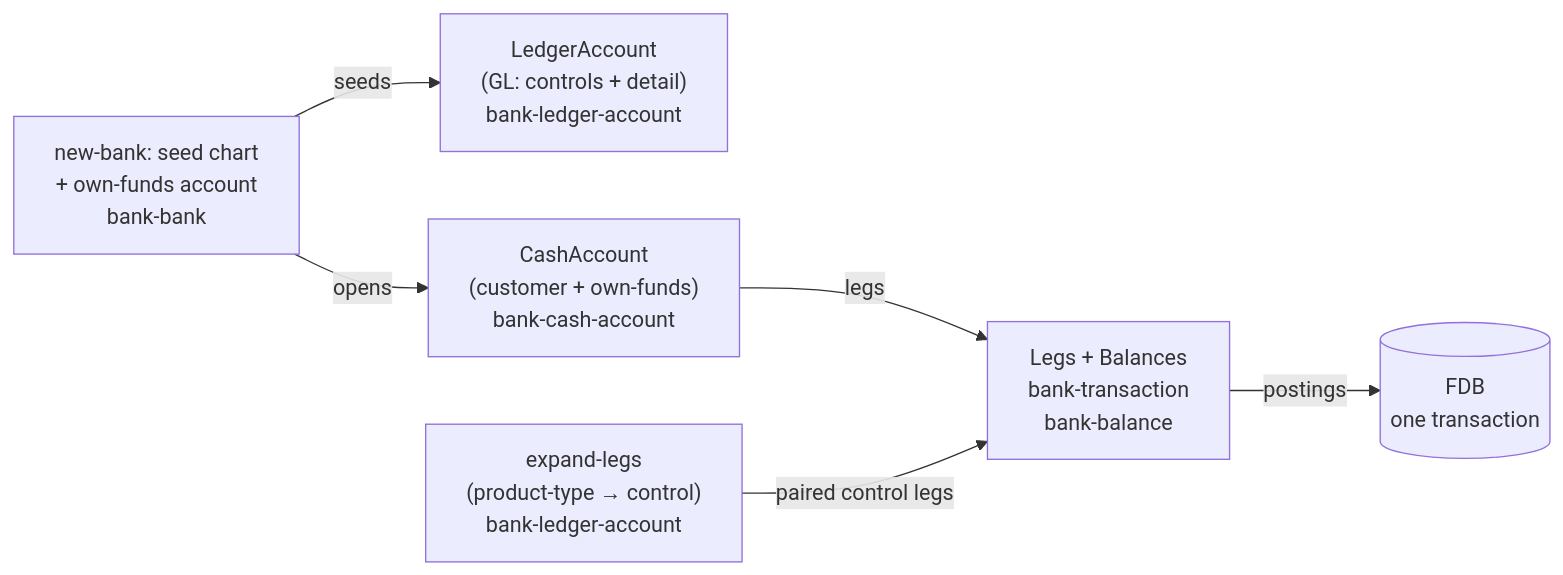
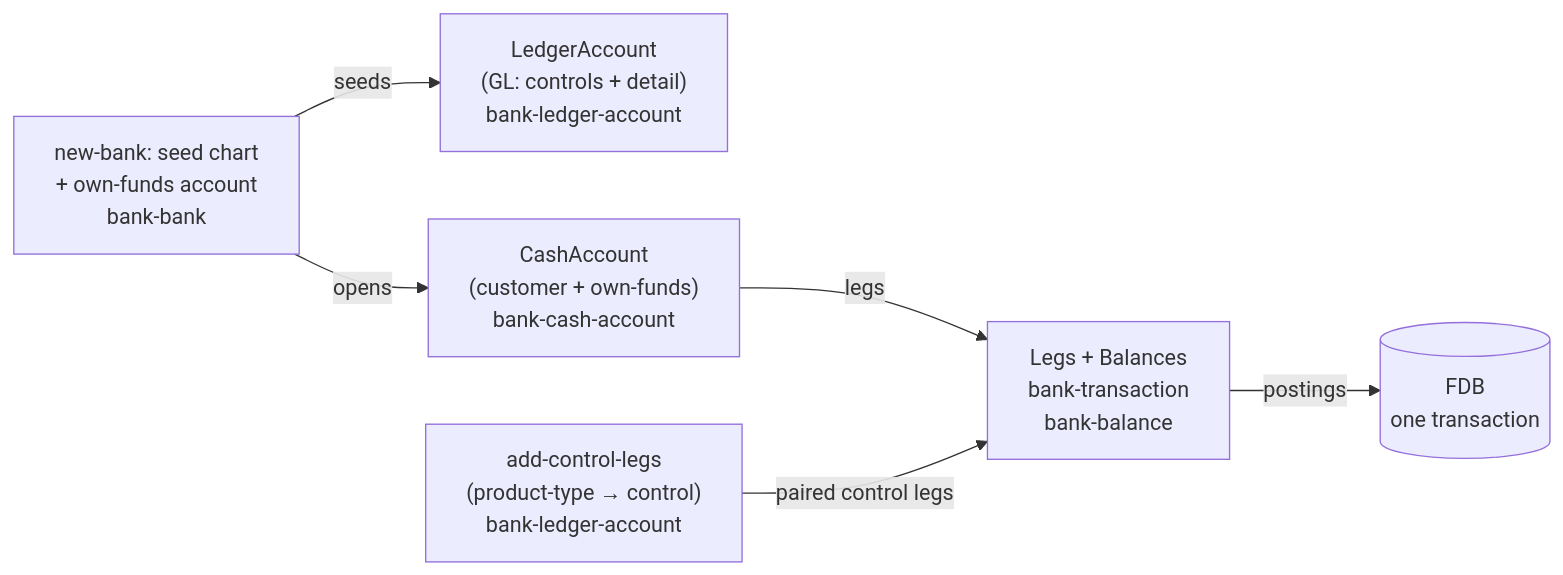
Before and after one commit to kjothen/queenswood: the diagram in docs/tdd/chart-of-accounts.md, drawn with Mermaid. The commit also changed other lines of this file and 13 other files, not shown here.

First line of the commit message:
feat(bank): enforce double-entry in transaction validate-legs

````diff
--- a/docs/tdd/chart-of-accounts.md
+++ b/docs/tdd/chart-of-accounts.md
@@ -120,15 +120,15 @@
 ```mermaid
 graph LR
     L["LedgerAccount<br/>(GL: controls + detail)<br/>bank-ledger-account"]
     A["CashAccount<br/>(customer + own-funds)<br/>bank-cash-account"]
     BANK["new-bank: seed chart<br/>+ own-funds account<br/>bank-bank"]
-    EL["expand-legs<br/>(product-type → control)<br/>bank-ledger-account"]
+    EL["add-control-legs<br/>(product-type → control)<br/>bank-ledger-account"]
     TX["Legs + Balances<br/>bank-transaction<br/>bank-balance"]
     FDB[("FDB<br/>one transaction")]
 
     BANK -->|seeds| L
     BANK -->|opens| A
     A -->|legs| TX
     EL -->|paired control legs| TX
     TX -->|postings| FDB
 ```
````
